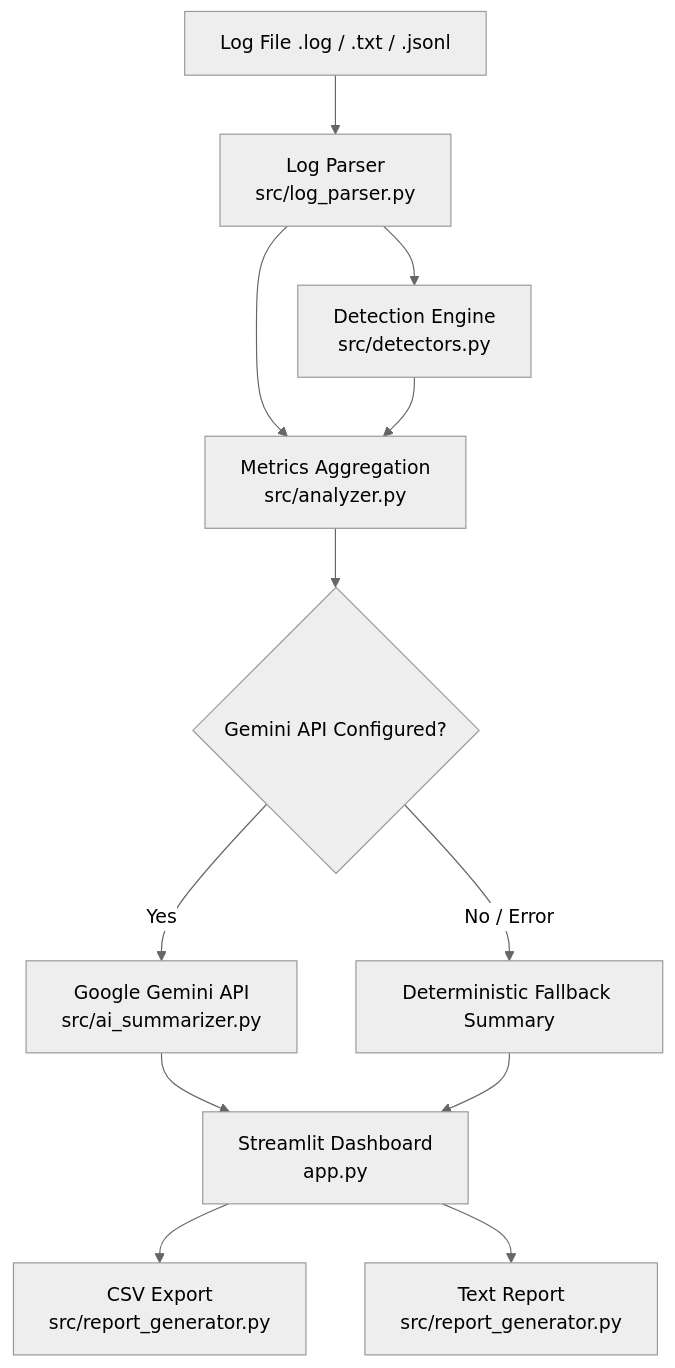
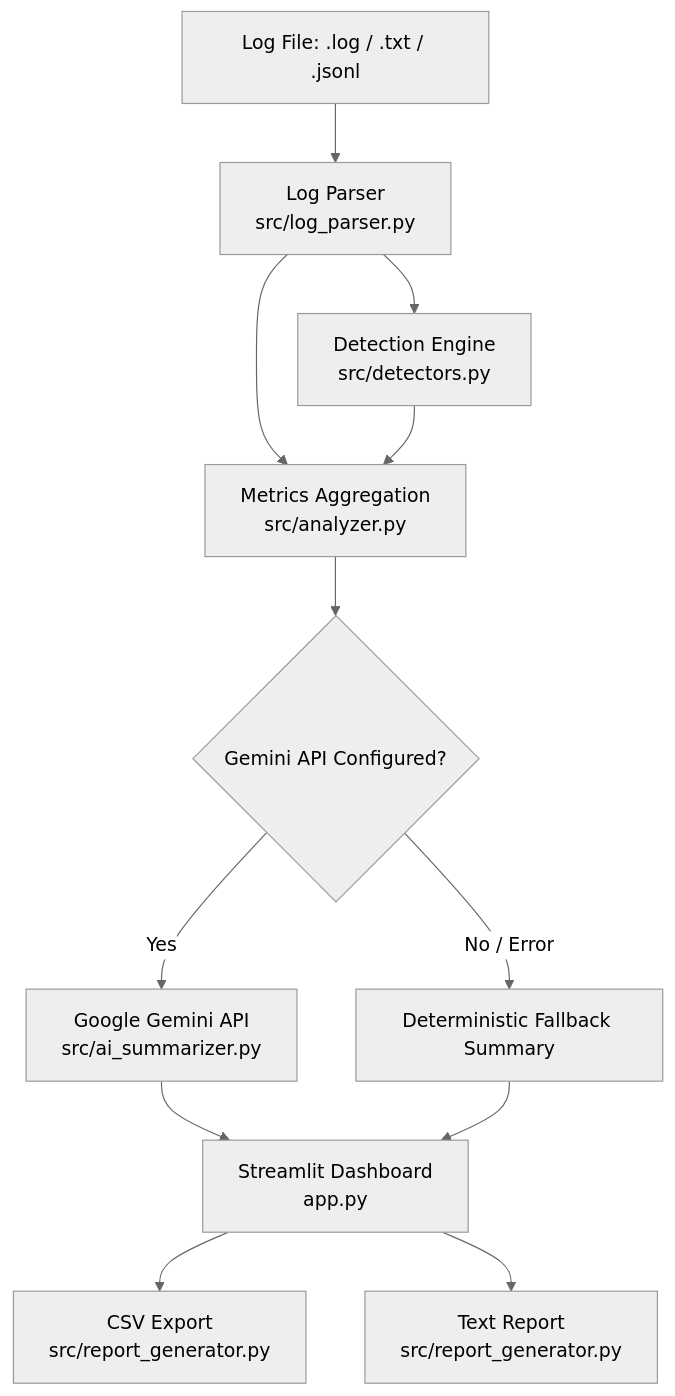
Before and after one commit to venky099/ai-powered-log-analyzer: the diagram in README.md, drawn with Mermaid (neutral theme). The commit also changed other lines of this file and 6 other files, not shown here.

Commit message:
docs: add LICENSE, clean links, update architecture and humanize tone

````diff
--- a/README.md
+++ b/README.md
@@ -75,14 +72,14 @@
 ```mermaid
 flowchart TD
-    A[Log File .log / .txt / .jsonl] --> B[Log Parser\nsrc/log_parser.py]
+    A[Log File: .log / .txt / .jsonl] --> B[Log Parser\nsrc/log_parser.py]
     B --> C[Detection Engine\nsrc/detectors.py]
     B --> D[Metrics Aggregation\nsrc/analyzer.py]
     C --> D
     D --> E{Gemini API Configured?}
     E -- Yes --> F[Google Gemini API\nsrc/ai_summarizer.py]
     E -- No / Error --> G[Deterministic Fallback Summary]
     F --> H[Streamlit Dashboard\napp.py]
     G --> H
     H --> I[CSV Export\nsrc/report_generator.py]
     H --> J[Text Report\nsrc/report_generator.py]
 ```
````
